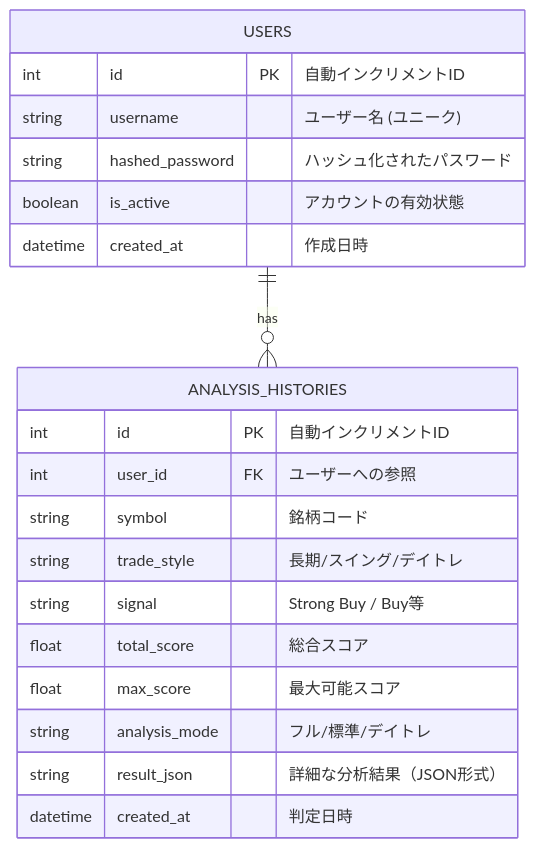
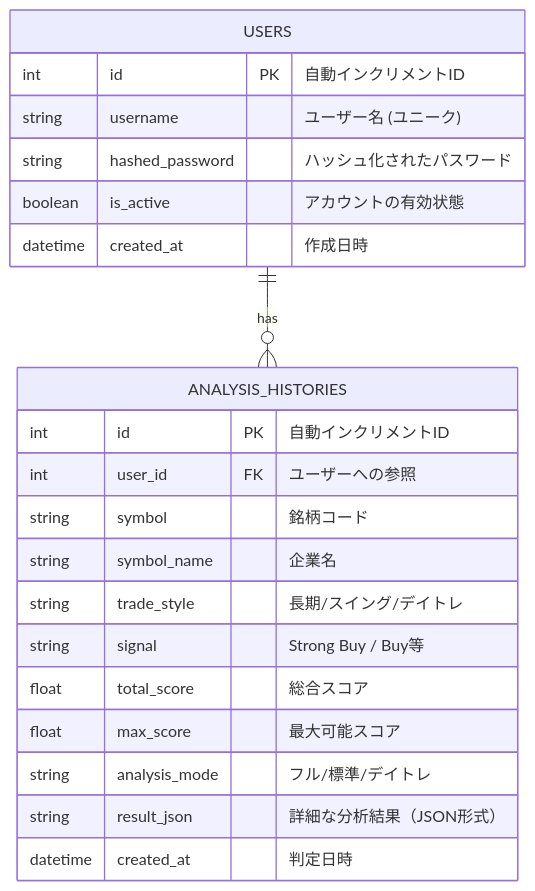
One commit to Yuyta/stock-trading-tool changed the diagram in docs/db_spec.md. Above: the diagram before and after it, drawn with Mermaid. The commit also changed other lines of this file and 12 other files, not shown here.

````diff
--- a/docs/db_spec.md
+++ b/docs/db_spec.md
@@ -8,25 +8,26 @@
 ```mermaid
 erDiagram
     USERS ||--o{ ANALYSIS_HISTORIES : "has"
     
     USERS {
         int id PK "自動インクリメントID"
         string username "ユーザー名 (ユニーク)"
         string hashed_password "ハッシュ化されたパスワード"
         boolean is_active "アカウントの有効状態"
         datetime created_at "作成日時"
     }
     
     ANALYSIS_HISTORIES {
         int id PK "自動インクリメントID"
         int user_id FK "ユーザーへの参照"
         string symbol "銘柄コード"
+        string symbol_name "企業名"
         string trade_style "長期/スイング/デイトレ"
         string signal "Strong Buy / Buy等"
         float total_score "総合スコア"
         float max_score "最大可能スコア"
         string analysis_mode "フル/標準/デイトレ"
         string result_json "詳細な分析結果（JSON形式）"
         datetime created_at "判定日時"
     }
 ```
````
